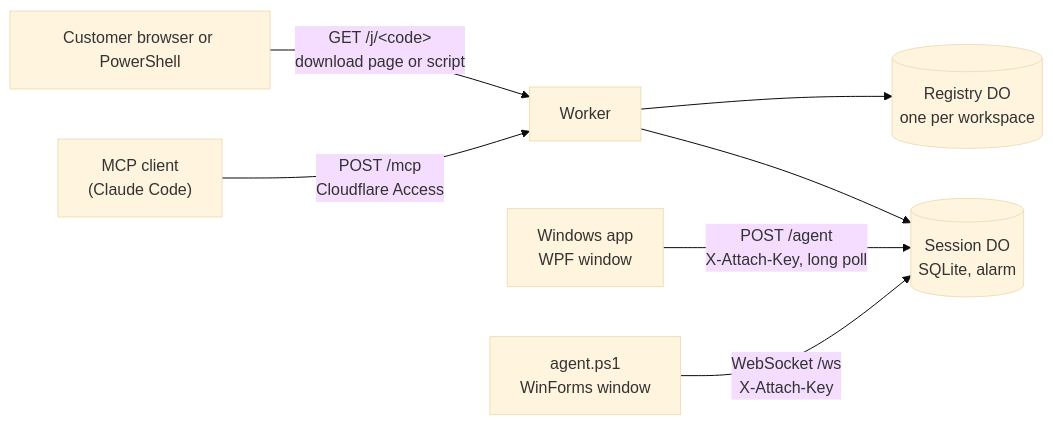
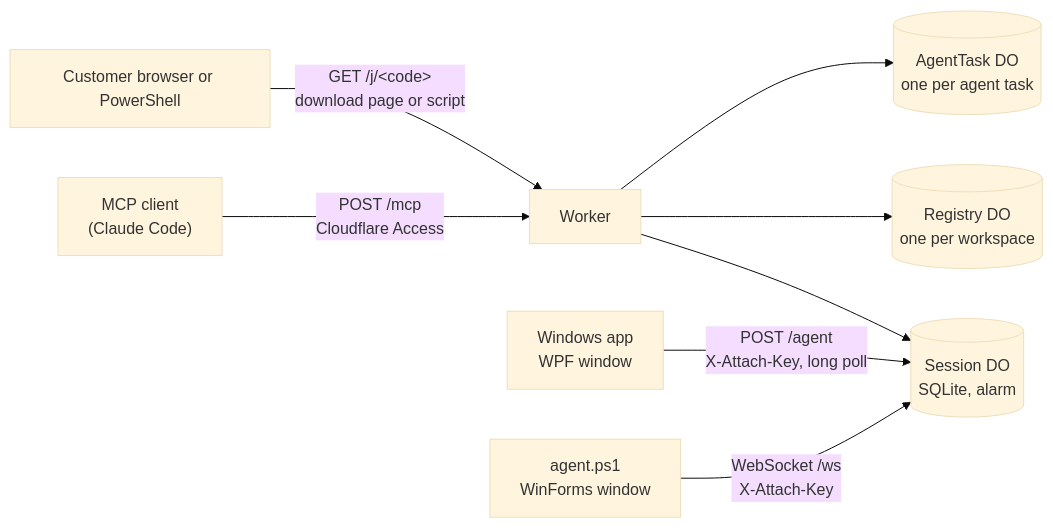
Before and after one commit to SUKARDADDY/Support-MCP: the third of 3 diagrams in README.md, drawn with Mermaid (base theme). The commit also changed other lines of this file and 42 other files, not shown here.

````diff
--- a/README.md
+++ b/README.md
@@ -599,9 +661,10 @@
 ```mermaid
 flowchart LR
   Op["MCP client<br/>(Claude Code)"] -- "POST /mcp<br/>Cloudflare Access" --> W[Worker]
   Cust["Customer browser or PowerShell"] -- "GET /j/&lt;code&gt;<br/>download page or script" --> W
   W --> S[("Session DO<br/>SQLite, alarm")]
   W --> R[("Registry DO<br/>one per workspace")]
+  W --> T[("AgentTask DO<br/>one per agent task")]
   App["Windows app<br/>WPF window"] -- "POST /agent<br/>X-Attach-Key, long poll" --> S
   A["agent.ps1<br/>WinForms window"] -- "WebSocket /ws<br/>X-Attach-Key" --> S
 ```
````
